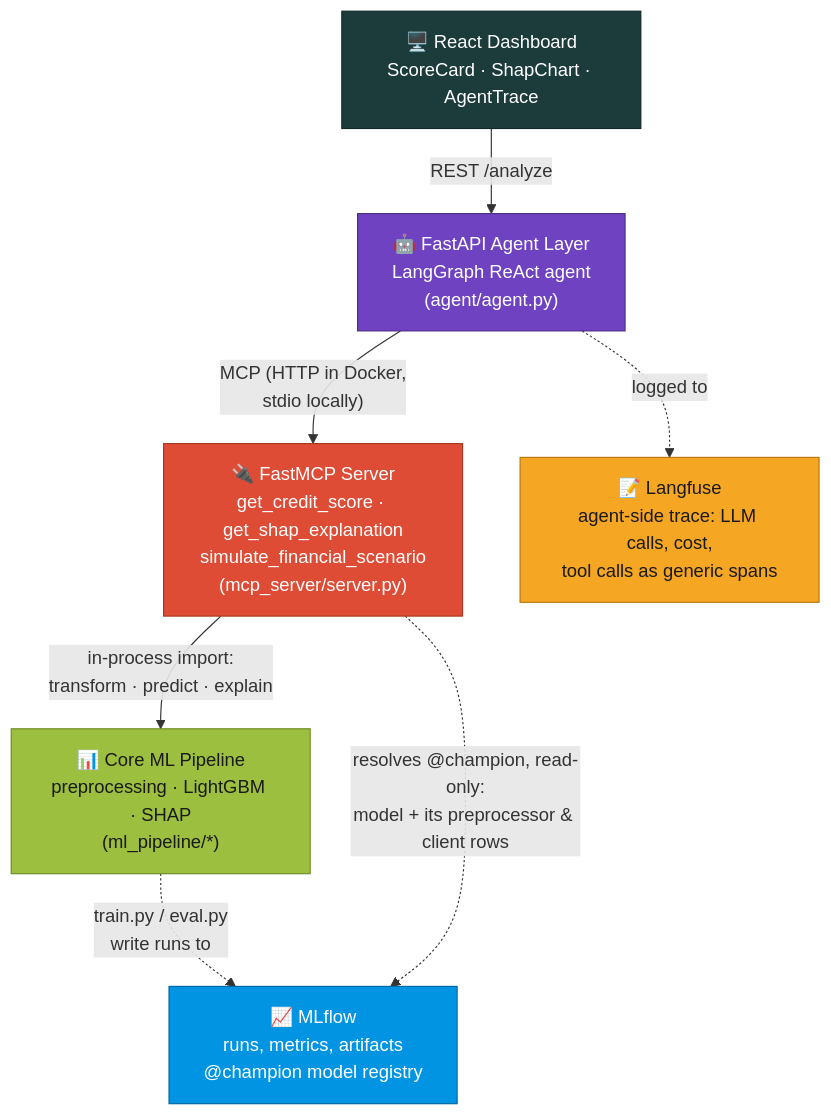
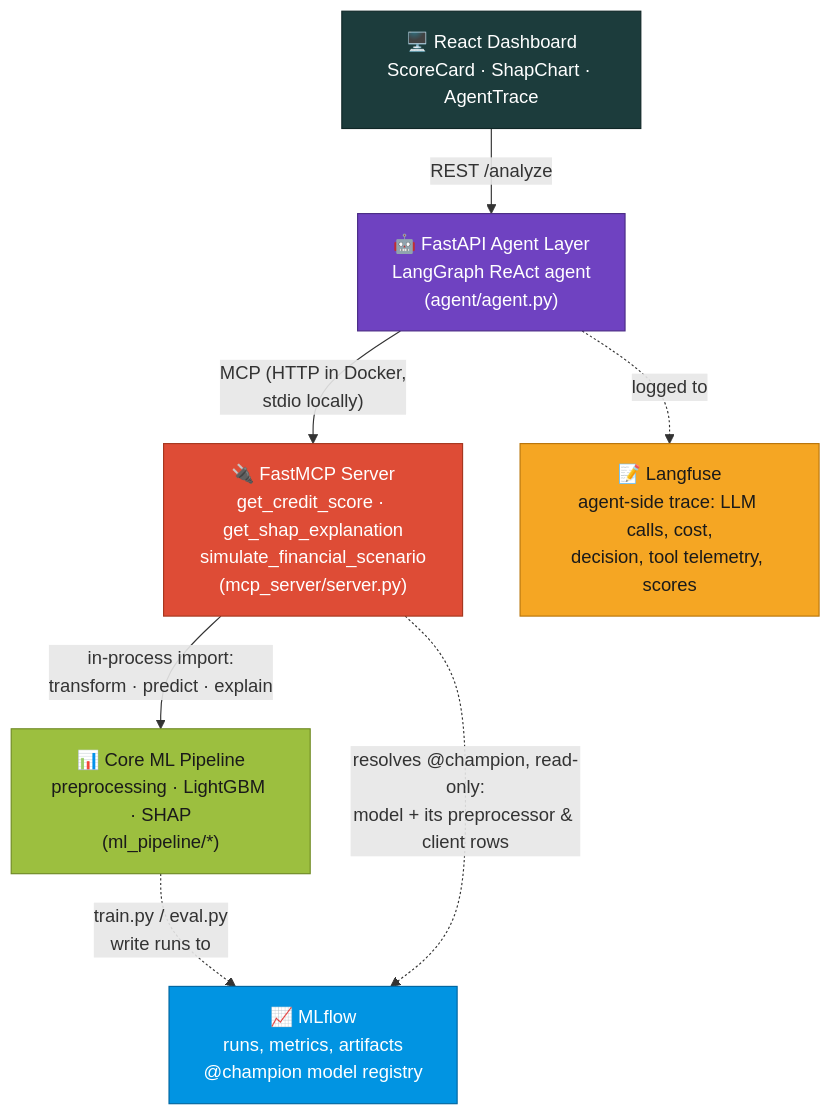
Before and after one commit to Totm33606/finrisk-agent: the diagram in README.md, drawn with Mermaid. The commit also changed other lines of this file and 7 other files, not shown here.

````diff
--- a/README.md
+++ b/README.md
@@ -119,30 +119,30 @@
 ```mermaid
 flowchart TD
     UI["🖥️ React Dashboard<br/>ScoreCard · ShapChart · AgentTrace"]
     API["🤖 FastAPI Agent Layer<br/>LangGraph ReAct agent<br/>(agent/agent.py)"]
     MCP["🔌 FastMCP Server<br/>get_credit_score · get_shap_explanation<br/>simulate_financial_scenario<br/>(mcp_server/server.py)"]
     ML["📊 Core ML Pipeline<br/>preprocessing · LightGBM · SHAP<br/>(ml_pipeline/*)"]
-    LF["📝 Langfuse<br/>agent-side trace: LLM calls, cost,<br/>tool calls as generic spans"]
+    LF["📝 Langfuse<br/>agent-side trace: LLM calls, cost,<br/>decision, tool telemetry, scores"]
     MLF["📈 MLflow<br/>runs, metrics, artifacts<br/>@champion model registry"]
 
     UI -->|"REST /analyze"| API
     API -->|"MCP (HTTP in Docker,<br/>stdio locally)"| MCP
     MCP -->|"in-process import:<br/>transform · predict · explain"| ML
     API -.->|"logged to"| LF
     ML -.->|"train.py / eval.py<br/>write runs to"| MLF
     MCP -.->|"resolves @champion, read-only:<br/>model + its preprocessor &amp; client rows"| MLF
 
     classDef ui fill:#1c3c3c,stroke:#0f2626,color:#ffffff
     classDef agent fill:#6f42c1,stroke:#4a2c85,color:#ffffff
     classDef mcp fill:#de4c36,stroke:#a6371f,color:#ffffff
     classDef ml fill:#9cbf3f,stroke:#6f8a24,color:#1a1a1a
     classDef obs fill:#f5a623,stroke:#b9750a,color:#1a1a1a
     classDef mlops fill:#0194e2,stroke:#0166a0,color:#ffffff
 
     class UI ui
     class API agent
     class MCP mcp
     class ML ml
     class LF obs
     class MLF mlops
 ```
````
